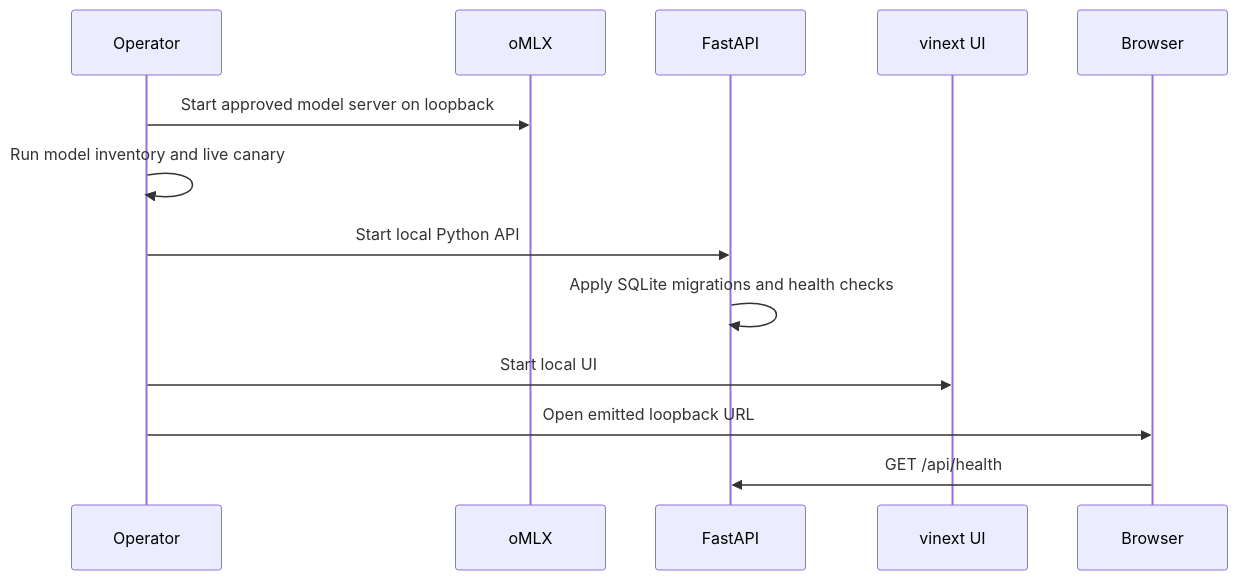
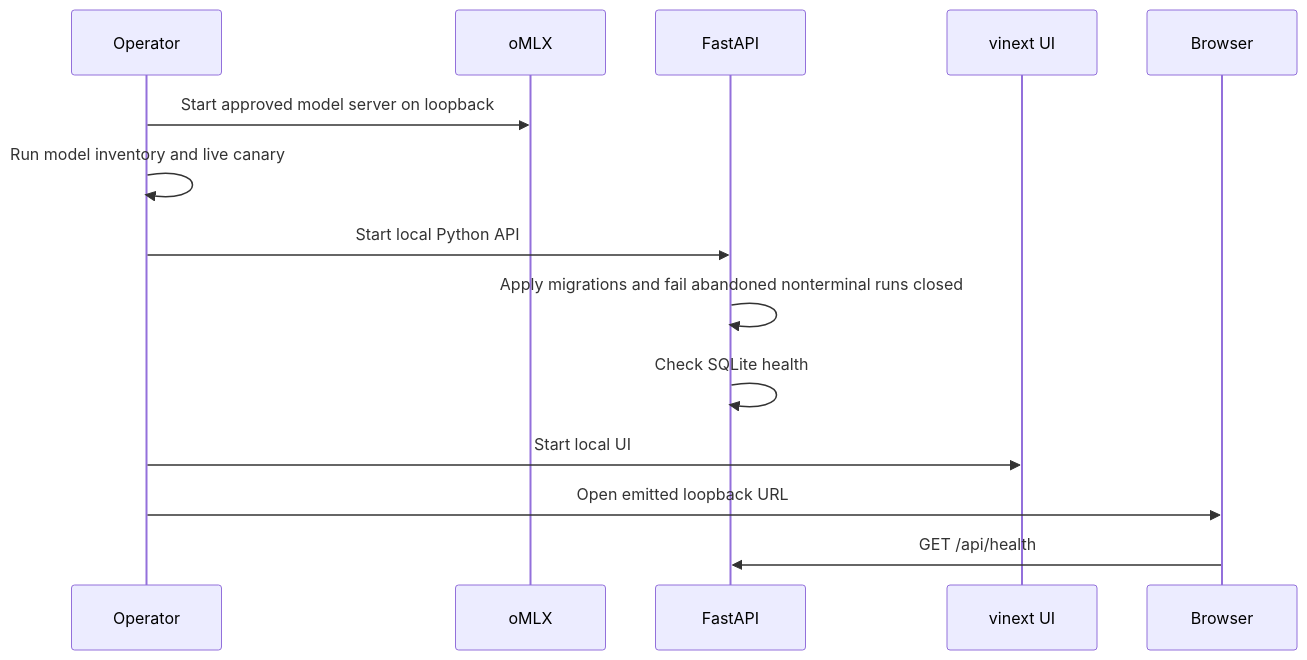
Before and after one commit to sw30labs/PorterForcesAI: the first of 2 diagrams in docs/technical/operations.md, drawn with Mermaid. The commit also changed other lines of this file and 14 other files, not shown here.

````diff
--- a/docs/technical/operations.md
+++ b/docs/technical/operations.md
@@ -48,16 +48,17 @@
 ```mermaid
 sequenceDiagram
     participant O as Operator
     participant M as oMLX
     participant A as FastAPI
     participant U as vinext UI
     participant B as Browser
 
     O->>M: Start approved model server on loopback
     O->>O: Run model inventory and live canary
     O->>A: Start local Python API
-    A->>A: Apply SQLite migrations and health checks
+    A->>A: Apply migrations and fail abandoned nonterminal runs closed
+    A->>A: Check SQLite health
     O->>U: Start local UI
     O->>B: Open emitted loopback URL
     B->>A: GET /api/health
 ```
````
